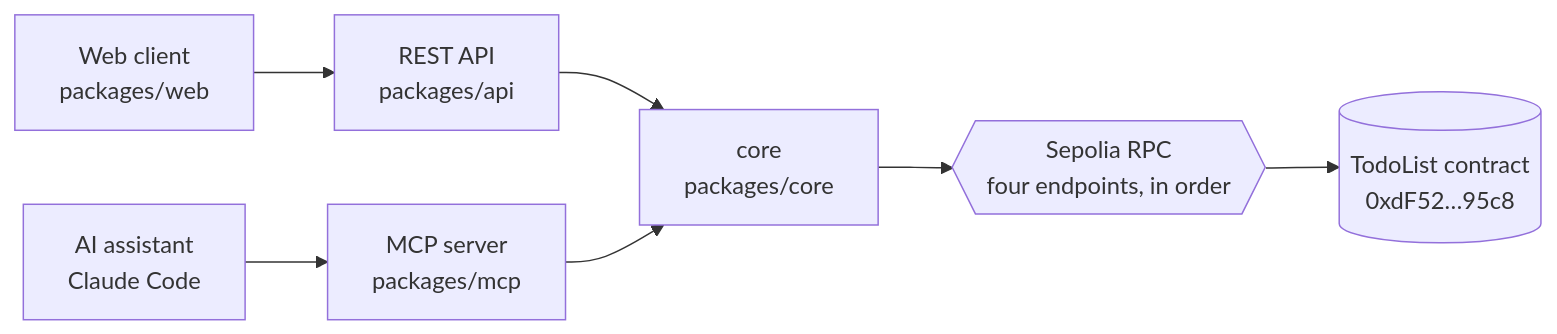
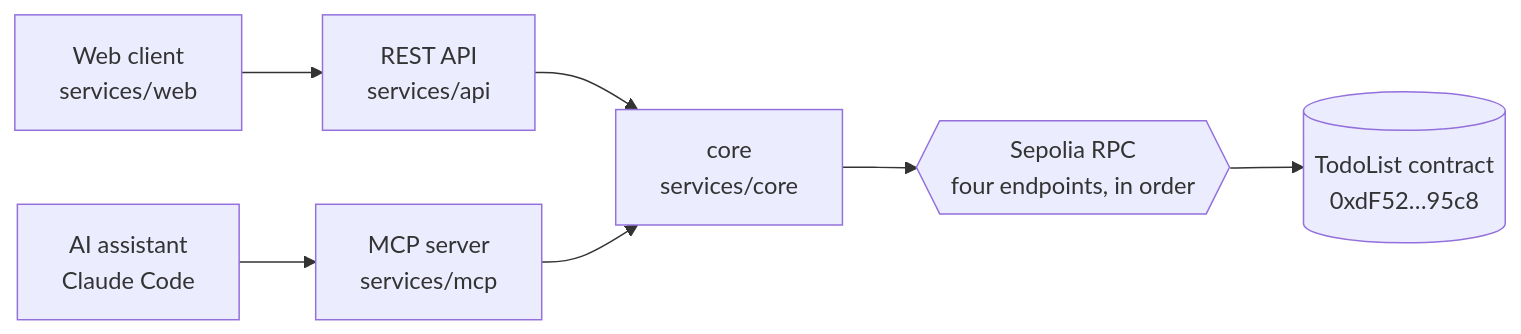
One commit to galshohat/fb-pse-assignment changed the first of 2 diagrams in docs/ARCHITECTURE.md. Above: the diagram before and after it, drawn with Mermaid. The commit also changed other lines of this file and 81 other files, not shown here.

````diff
--- a/docs/ARCHITECTURE.md
+++ b/docs/ARCHITECTURE.md
@@ -7,11 +7,11 @@
 ```mermaid
 flowchart LR
-    web["Web client<br/>packages/web"] --> api["REST API<br/>packages/api"]
-    ai["AI assistant<br/>Claude Code"] --> mcp["MCP server<br/>packages/mcp"]
+    web["Web client<br/>services/web"] --> api["REST API<br/>services/api"]
+    ai["AI assistant<br/>Claude Code"] --> mcp["MCP server<br/>services/mcp"]
 
-    api --> core["core<br/>packages/core"]
+    api --> core["core<br/>services/core"]
     mcp --> core
 
     core --> rpc{{"Sepolia RPC<br/>four endpoints, in order"}}
     rpc --> contract[("TodoList contract<br/>0xdF52…95c8")]
 ```
````
